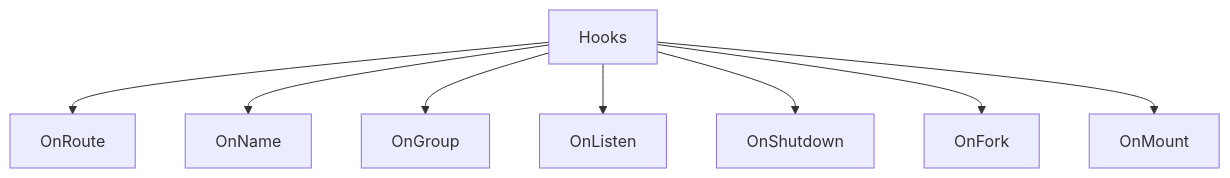
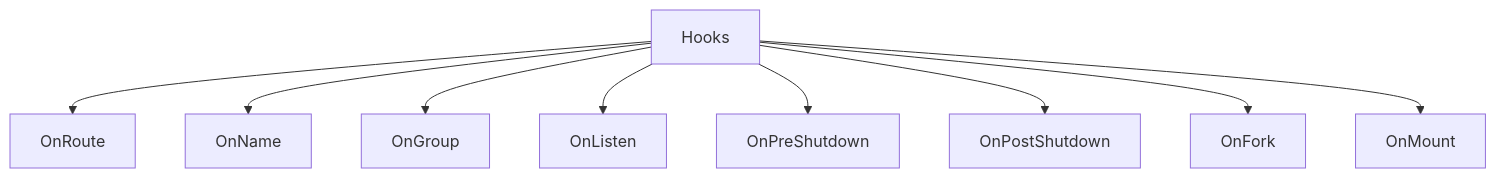
Diagram 13 of 14 in docs/core/extra/internal.md (gofiber/docs), drawn with Mermaid before and after one commit. The commit also changed other lines of this file and 7 other files, not shown here.

````diff
--- a/docs/core/extra/internal.md
+++ b/docs/core/extra/internal.md
@@ -408,19 +409,21 @@
 ```mermaid
 flowchart TD
     H[Hooks]
     OR[OnRoute]
     ON[OnName]
     OG[OnGroup]
     OL[OnListen]
-    OS[OnShutdown]
+    OPRS[OnPreShutdown]
+    OPOS[OnPostShutdown]
     OF[OnFork]
     OM[OnMount]
 
     H --> OR
     H --> ON
     H --> OG
     H --> OL
-    H --> OS
+    H --> OPRS
+    H --> OPOS
     H --> OF
     H --> OM
 ```
````
